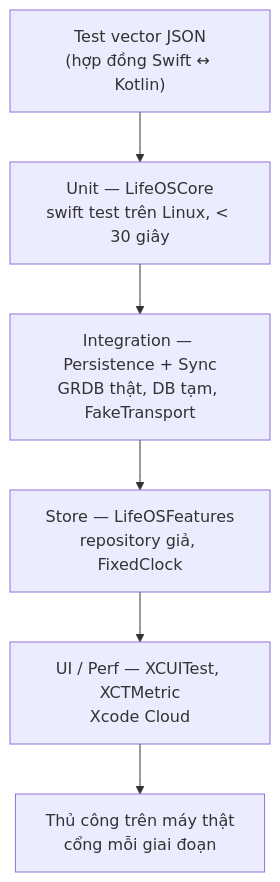
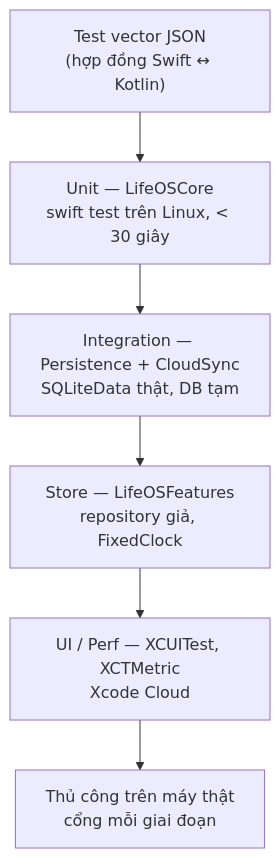
Before and after one commit to duong6003/Life-OS: the diagram in docs/engineering/testing.md, drawn with Mermaid. The commit also changed other lines of this file and 71 other files, not shown here.

Commit message:
docs: adopt SQLiteData for MVP (ADR-0016)

````diff
--- a/docs/engineering/testing.md
+++ b/docs/engineering/testing.md
@@ -3,9 +3,9 @@
 ```mermaid
 flowchart TB
   V["Test vector JSON<br/>(hợp đồng Swift ↔ Kotlin)"] --> U
   U["Unit — LifeOSCore<br/>swift test trên Linux, < 30 giây"] --> I
-  I["Integration — Persistence + Sync<br/>GRDB thật, DB tạm, FakeTransport"] --> S
+  I["Integration — Persistence + CloudSync<br/>SQLiteData thật, DB tạm"] --> S
   S["Store — LifeOSFeatures<br/>repository giả, FixedClock"] --> UI
   UI["UI / Perf — XCUITest, XCTMetric<br/>Xcode Cloud"] --> M
   M["Thủ công trên máy thật<br/>cổng mỗi giai đoạn"]
 ```
````
